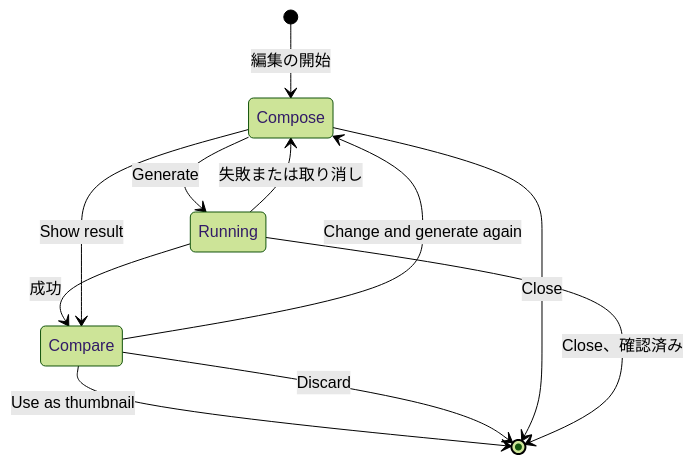
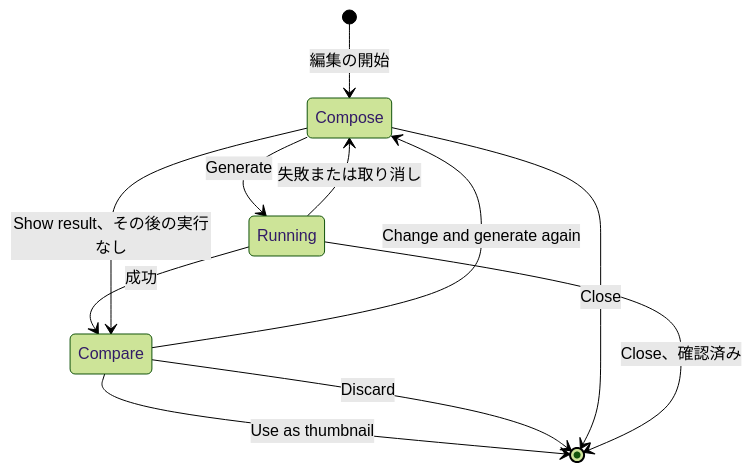
Before and after one commit to syudead/vv: the third of 3 diagrams in translations/ja/specs/045-comfyui-thumbnails/ui-design.md, drawn with Mermaid (forest theme). The commit also changed other lines of this file and 1 other file, not shown here.

First line of the commit message:
design: offer Show result only while the session is still succeeded (#942)

````diff
--- a/translations/ja/specs/045-comfyui-thumbnails/ui-design.md
+++ b/translations/ja/specs/045-comfyui-thumbnails/ui-design.md
@@ -234,13 +234,13 @@
 ```mermaid
 stateDiagram-v2
   [*] --> Compose: 編集の開始
   Compose --> Running: Generate
   Running --> Compare: 成功
   Running --> Compose: 失敗または取り消し
   Compare --> Compose: Change and generate again
-  Compose --> Compare: Show result
+  Compose --> Compare: Show result、その後の実行なし
   Compare --> [*]: Use as thumbnail
   Compare --> [*]: Discard
   Compose --> [*]: Close
   Running --> [*]: Close、確認済み
 ```
````
